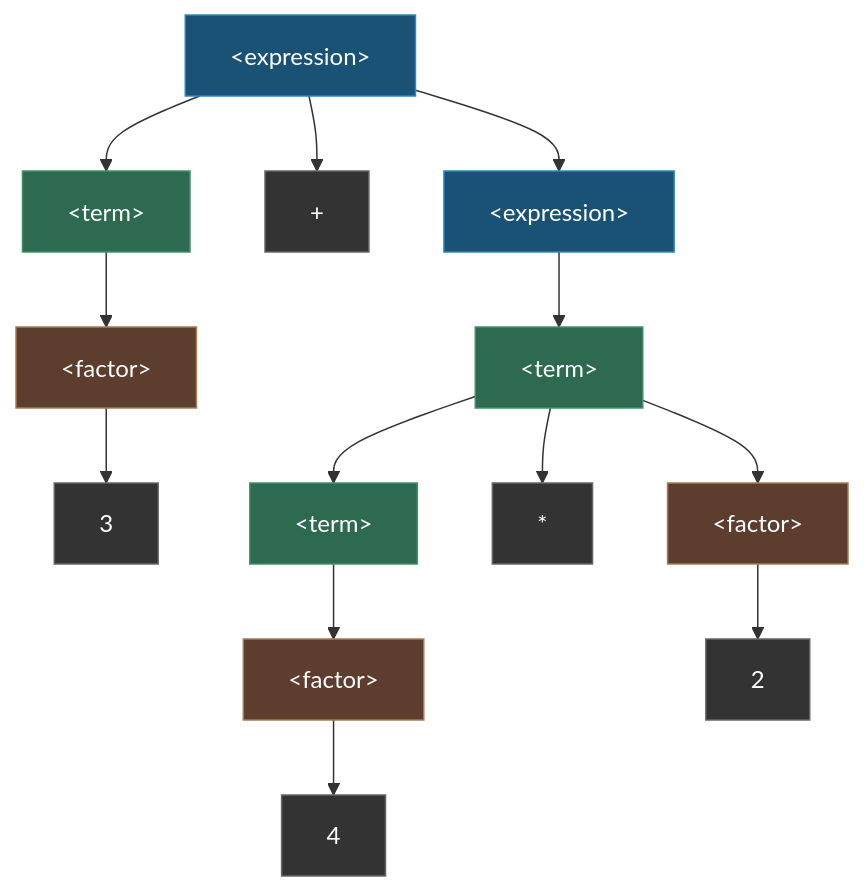
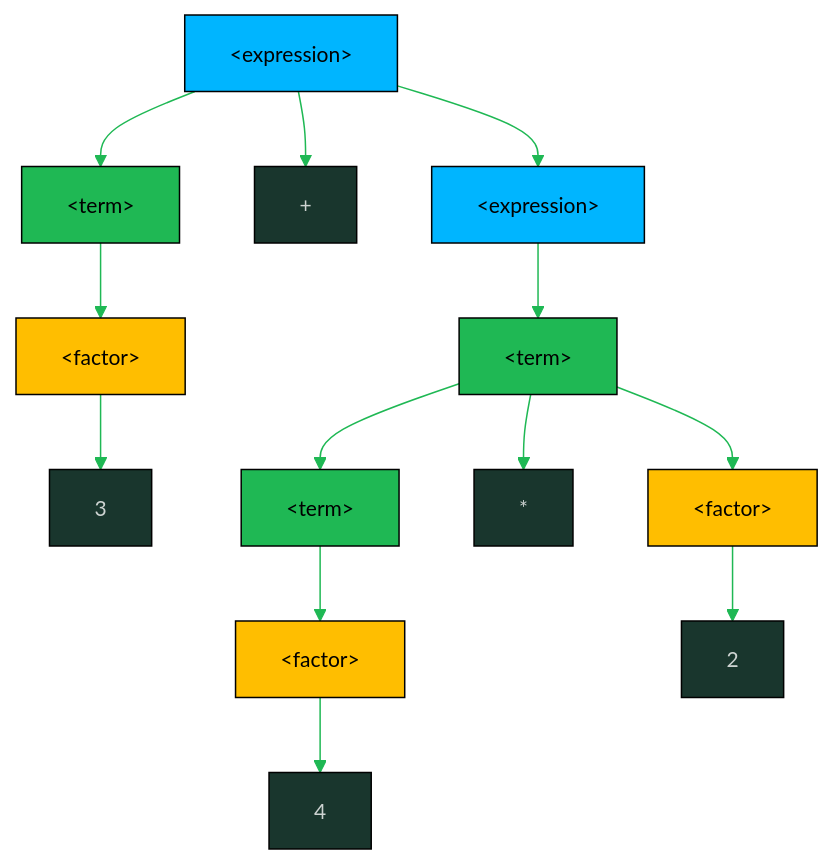
The first of 2 diagrams in math-for-software-engineering-note/07_grammars.md (oat431/swe-knowledge), drawn with Mermaid before and after one commit. The commit also changed other lines of this file and 18 other files, not shown here.

````diff
--- a/math-for-software-engineering-note/07_grammars.md
+++ b/math-for-software-engineering-note/07_grammars.md
@@ -104,33 +104,34 @@
 ```mermaid
+%%{init: {'theme':'base','themeVariables':{'primaryColor':'#19362D','primaryTextColor':'#CDD3D1','primaryBorderColor':'#1FB854','lineColor':'#1FB854','background':'#1B1717','mainBkg':'#19362D','clusterBkg':'#161212','edgeLabelBackground':'#161212','titleColor':'#1FB854','fontSize':'14px'}}}%%
 flowchart TD
     EXPR1["&lt;expression&gt;"] --> TERM1["&lt;term&gt;"]
     EXPR1 --> PLUS["+"]
     EXPR1 --> EXPR2["&lt;expression&gt;"]
 
     TERM1 --> FACTOR1["&lt;factor&gt;"]
     FACTOR1 --> N1["3"]
 
     EXPR2 --> TERM2["&lt;term&gt;"]
     TERM2 --> TERM3["&lt;term&gt;"]
     TERM2 --> STAR["*"]
     TERM2 --> FACTOR2["&lt;factor&gt;"]
 
     TERM3 --> FACTOR3["&lt;factor&gt;"]
     FACTOR3 --> N2["4"]
 
     FACTOR2 --> N3["2"]
 
-    style EXPR1 fill:#1a5276,stroke:#2e86c1,color:#fff
-    style EXPR2 fill:#1a5276,stroke:#2e86c1,color:#fff
-    style TERM1 fill:#2d6a4f,stroke:#40916c,color:#fff
-    style TERM2 fill:#2d6a4f,stroke:#40916c,color:#fff
-    style TERM3 fill:#2d6a4f,stroke:#40916c,color:#fff
-    style FACTOR1 fill:#5c3d2e,stroke:#a67c52,color:#fff
-    style FACTOR2 fill:#5c3d2e,stroke:#a67c52,color:#fff
-    style FACTOR3 fill:#5c3d2e,stroke:#a67c52,color:#fff
-    style N1 fill:#333,stroke:#666,color:#fff
-    style N2 fill:#333,stroke:#666,color:#fff
-    style N3 fill:#333,stroke:#666,color:#fff
-    style PLUS fill:#333,stroke:#666,color:#fff
-    style STAR fill:#333,stroke:#666,color:#fff
+    style EXPR1 fill:#00B5FF,stroke:#000000,color:#000000
+    style EXPR2 fill:#00B5FF,stroke:#000000,color:#000000
+    style TERM1 fill:#1FB854,stroke:#000000,color:#000000
+    style TERM2 fill:#1FB854,stroke:#000000,color:#000000
+    style TERM3 fill:#1FB854,stroke:#000000,color:#000000
+    style FACTOR1 fill:#FFBE00,stroke:#000000,color:#000000
+    style FACTOR2 fill:#FFBE00,stroke:#000000,color:#000000
+    style FACTOR3 fill:#FFBE00,stroke:#000000,color:#000000
+    style N1 fill:#19362D,stroke:#000000,color:#CDD3D1
+    style N2 fill:#19362D,stroke:#000000,color:#CDD3D1
+    style N3 fill:#19362D,stroke:#000000,color:#CDD3D1
+    style PLUS fill:#19362D,stroke:#000000,color:#CDD3D1
+    style STAR fill:#19362D,stroke:#000000,color:#CDD3D1
 ```
````
